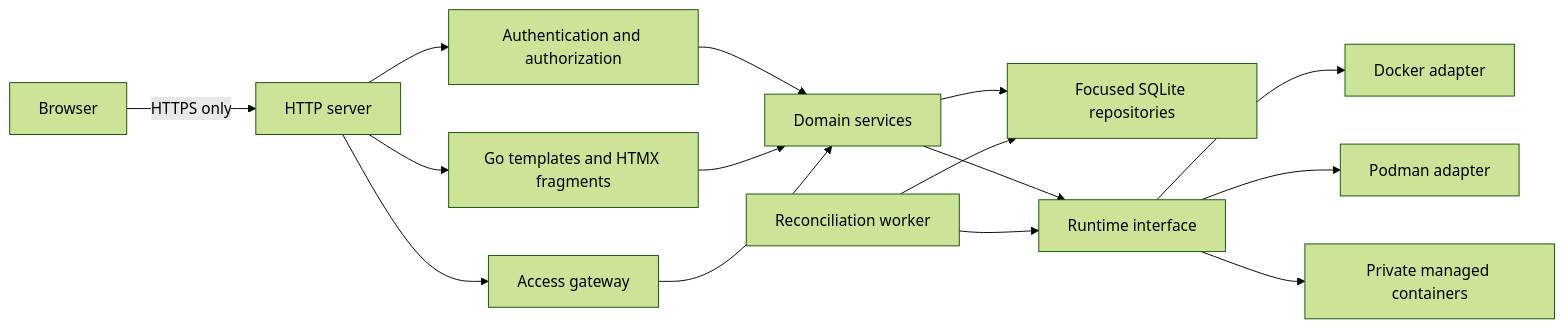
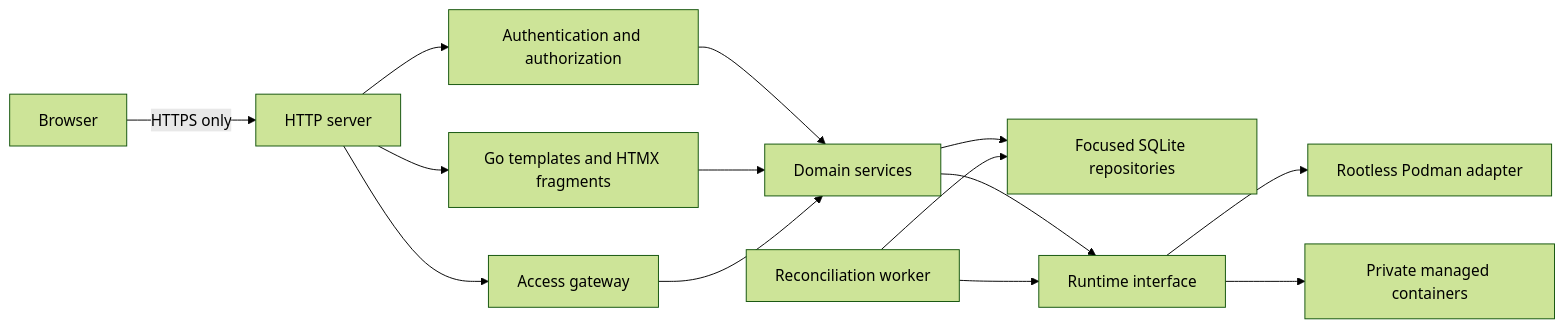
One commit to MrHighVoltage/COWS changed the first of 2 diagrams in ARCHITECTURE.md. Above: the diagram before and after it, drawn with Mermaid (forest theme). The commit also changed other lines of this file and 52 other files, not shown here.

Commit message:
Add rootless Podman resource and group policies

````diff
--- a/ARCHITECTURE.md
+++ b/ARCHITECTURE.md
@@ -11,17 +11,16 @@
 ```mermaid
 flowchart LR
     Browser[Browser] -->|HTTPS only| HTTP[HTTP server]
     HTTP --> Auth[Authentication and authorization]
     HTTP --> Web[Go templates and HTMX fragments]
     HTTP --> Access[Access gateway]
     Auth --> Services[Domain services]
     Web --> Services
     Access --> Services
     Services --> Repo[Focused SQLite repositories]
     Services --> Runtime[Runtime interface]
-    Runtime --> Docker[Docker adapter]
-    Runtime --> Podman[Podman adapter]
+    Runtime --> Podman[Rootless Podman adapter]
     Runtime --> Container[Private managed containers]
     Reconcile[Reconciliation worker] --> Runtime
     Reconcile --> Repo
 ```
````
